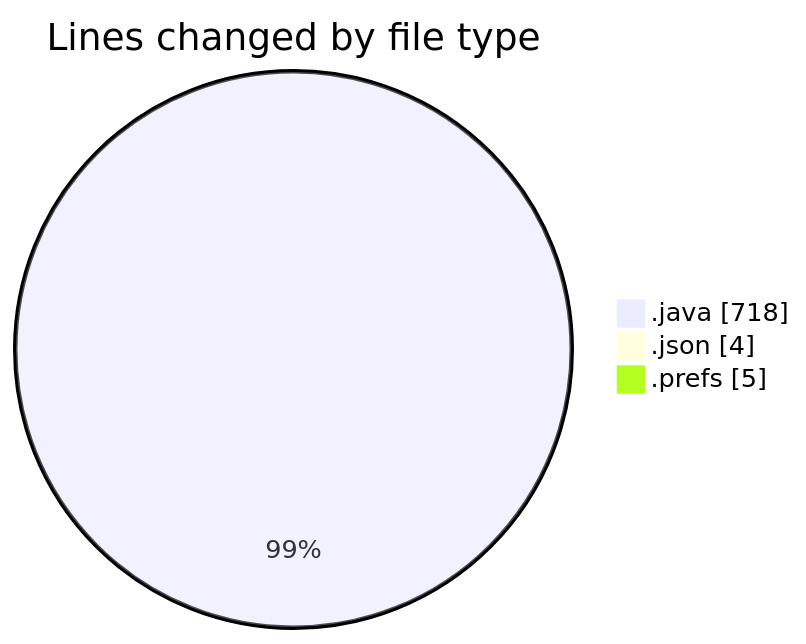
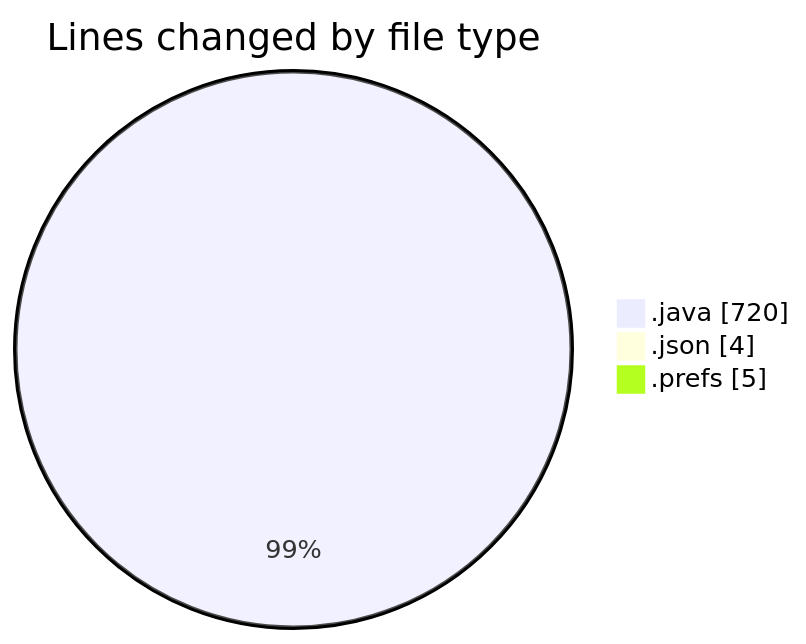
One commit to ricardozamudiocil/code-tracking changed the first of 2 diagrams in 2026-04-24/cilwebcustomercomunication/README.md. Above: the diagram before and after it, drawn with Mermaid. The commit also changed other lines of this file and 1 other file, not shown here.

````diff
--- a/2026-04-24/cilwebcustomercomunication/README.md
+++ b/2026-04-24/cilwebcustomercomunication/README.md
@@ -25,7 +25,7 @@
 ```mermaid
 pie showData
 title Lines changed by file type
-".java" : 718
+".java" : 720
 ".json" : 4
 ".prefs" : 5
 ```
````
